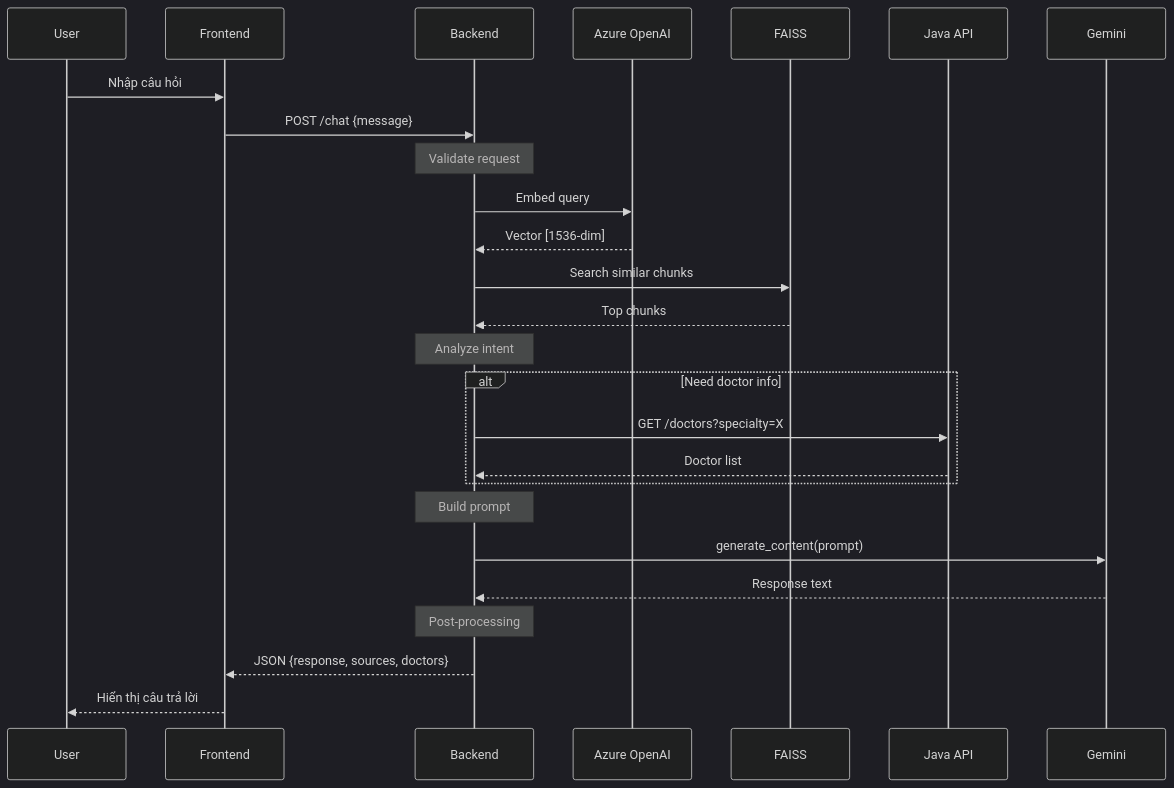
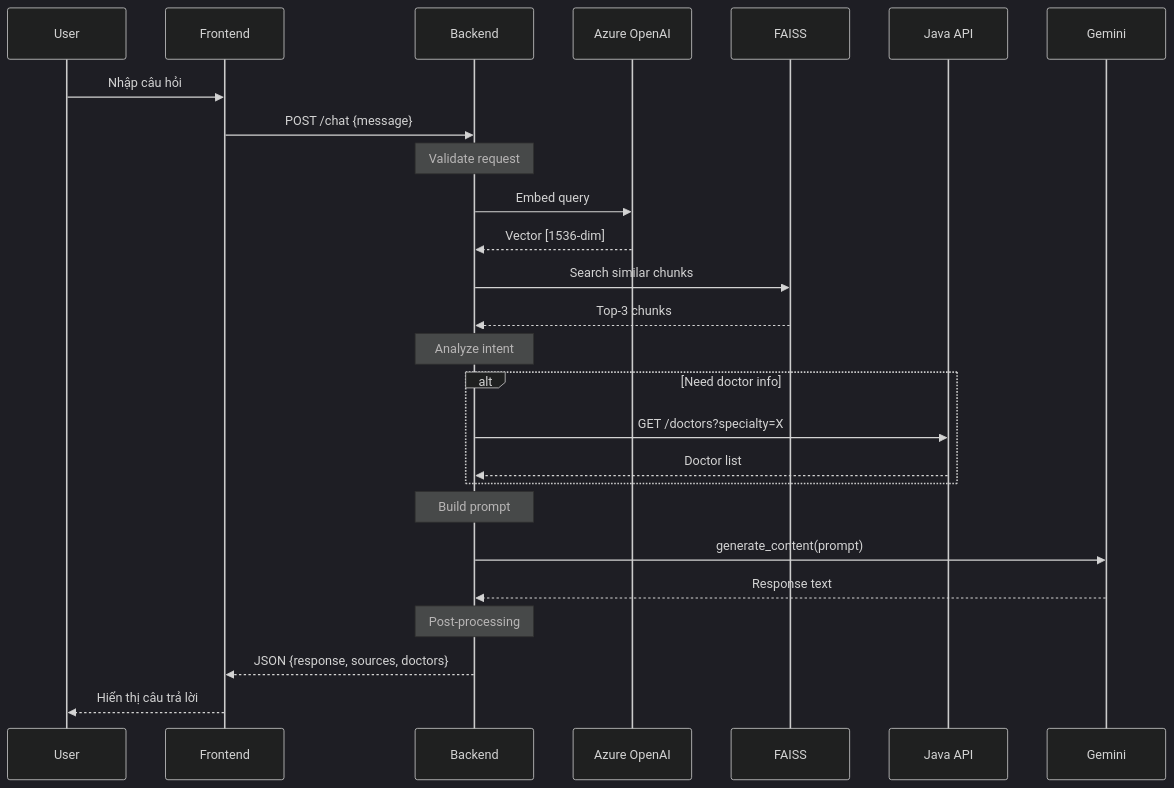
The second of 3 diagrams in 3.2_THIET_KE_VA_TRIEN_KHAI_CHATBOT.md (damvantu2004/Web), drawn with Mermaid (dark theme) before and after one commit. The commit also changed other lines of this file, not shown here.

````diff
--- a/3.2_THIET_KE_VA_TRIEN_KHAI_CHATBOT.md
+++ b/3.2_THIET_KE_VA_TRIEN_KHAI_CHATBOT.md
@@ -73,38 +73,38 @@
 ```mermaid
 sequenceDiagram
     participant U as User
     participant F as Frontend
     participant B as Backend
     participant AZ as Azure OpenAI
     participant V as FAISS
     participant J as Java API
     participant G as Gemini
 
     U->>F: Nhập câu hỏi
     F->>B: POST /chat {message}
     
     Note over B: Validate request
     
     B->>AZ: Embed query
     AZ-->>B: Vector [1536-dim]
     
     B->>V: Search similar chunks
-    V-->>B: Top chunks
+    V-->>B: Top-3 chunks
     
     Note over B: Analyze intent
     
     alt Need doctor info
         B->>J: GET /doctors?specialty=X
         J-->>B: Doctor list
     end
     
     Note over B: Build prompt
     
     B->>G: generate_content(prompt)
     G-->>B: Response text
     
     Note over B: Post-processing
     
     B-->>F: JSON {response, sources, doctors}
     F-->>U: Hiển thị câu trả lời
 ```
````
